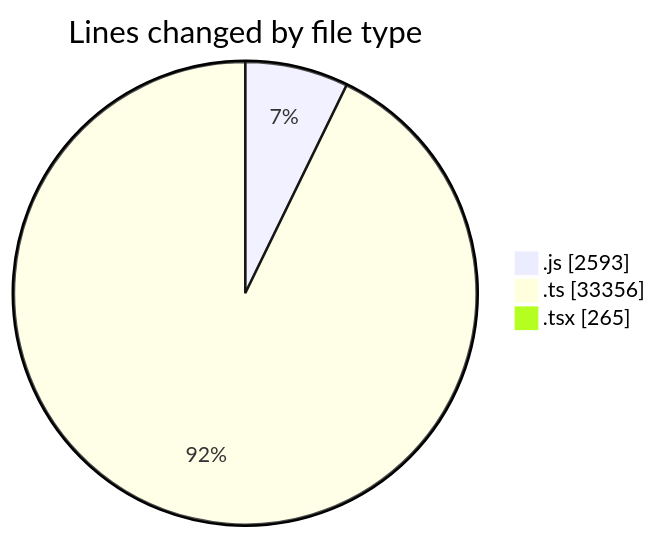
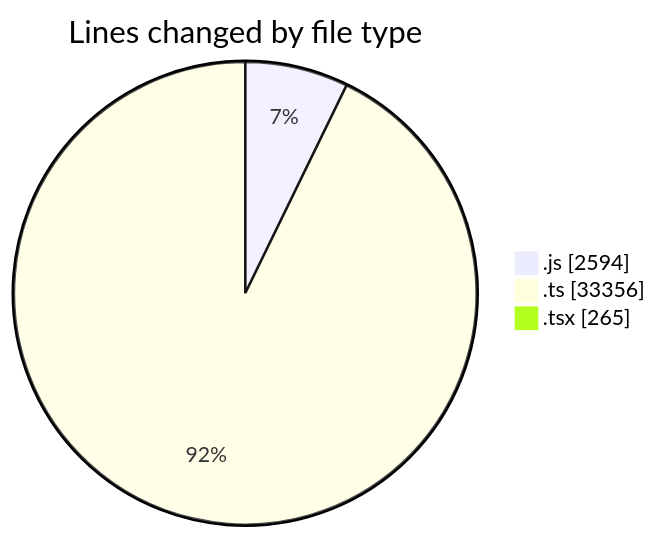
One commit to momahboobian/code-tracking changed the first of 2 diagrams in 2026-02-09/cda/README.md. Above: the diagram before and after it, drawn with Mermaid. The commit also changed other lines of this file and 1 other file, not shown here.

````diff
--- a/2026-02-09/cda/README.md
+++ b/2026-02-09/cda/README.md
@@ -38,7 +38,7 @@
 ```mermaid
 pie showData
 title Lines changed by file type
-".js" : 2593
+".js" : 2594
 ".ts" : 33356
 ".tsx" : 265
 ```
````
